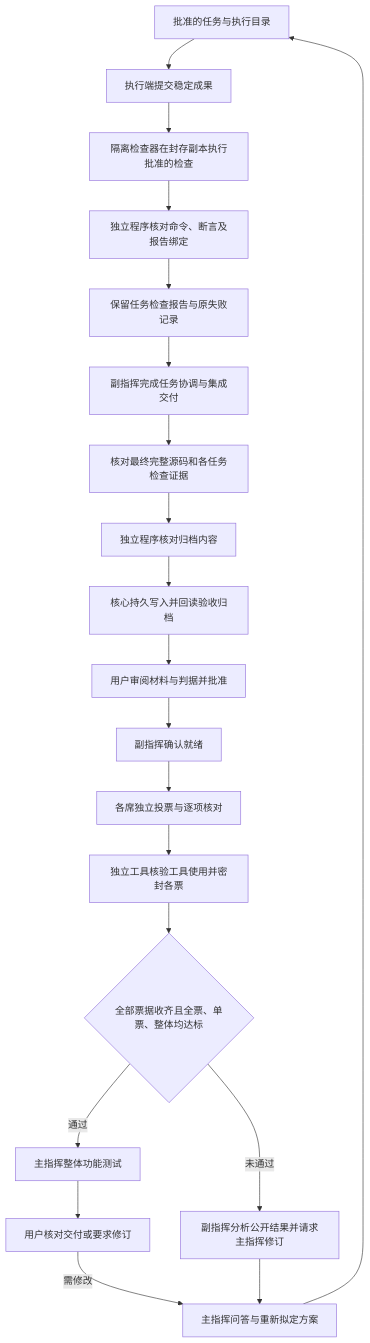
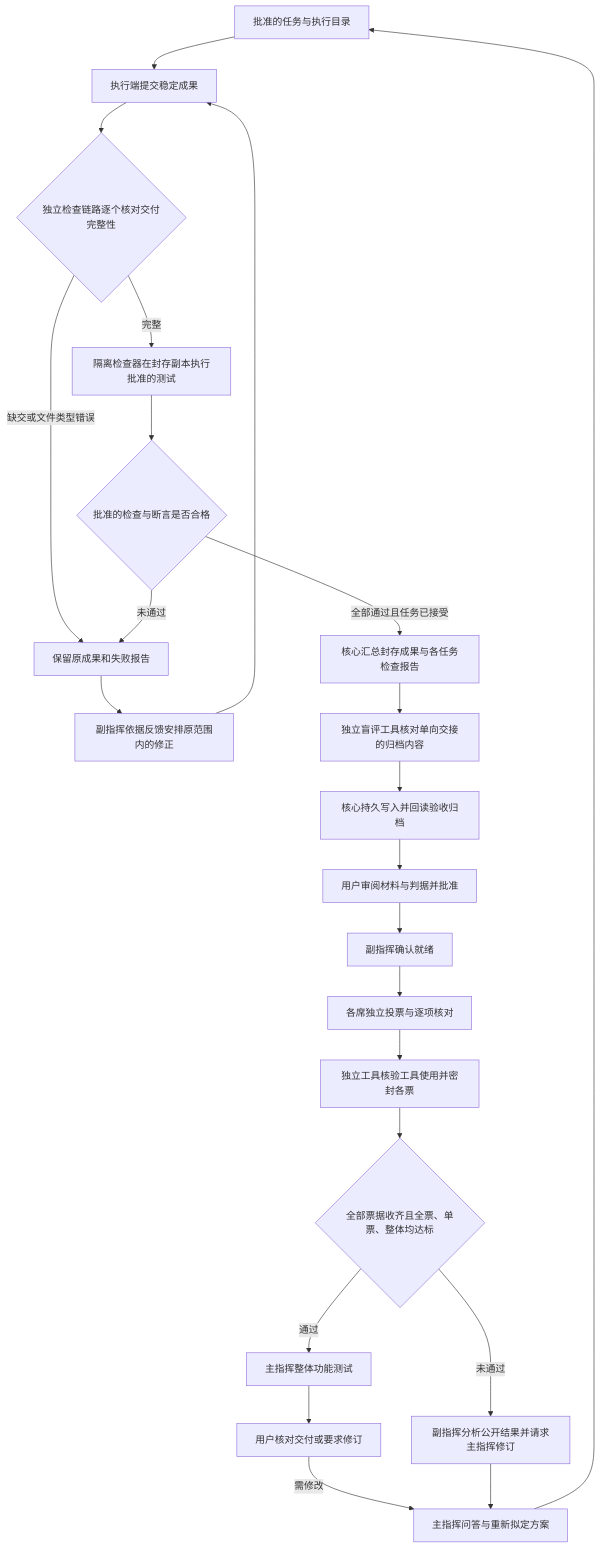
One commit to CereleanLonging/CeruleanLonging changed the diagram in docs/INDEPENDENT-CHECKS-WEIGHTS.md. Above: the diagram before and after it, drawn with Mermaid. The commit also changed other lines of this file and 254 other files, not shown here.

````diff
--- a/docs/INDEPENDENT-CHECKS-WEIGHTS.md
+++ b/docs/INDEPENDENT-CHECKS-WEIGHTS.md
@@ -7,22 +7,25 @@
 ```mermaid
 flowchart TD
   A[批准的任务与执行目录] --> B[执行端提交稳定成果]
-  B --> C[隔离检查器在封存副本执行批准的检查]
-  C --> D[独立程序核对命令、断言及报告绑定]
-  D --> E[保留任务检查报告与原失败记录]
-  E --> F[副指挥完成任务协调与集成交付]
-  F --> G[核对最终完整源码和各任务检查证据]
-  G --> H[独立程序核对归档内容]
+  B --> C{独立检查链路逐个核对交付完整性}
+  C -->|缺交或文件类型错误| E[保留原成果和失败报告]
+  C -->|完整| D[隔离检查器在封存副本执行批准的测试]
+  D --> D2{批准的检查与断言是否合格}
+  D2 -->|未通过| E
+  E --> F[副指挥依据反馈安排原范围内的修正]
+  F --> B
+  D2 -->|全部通过且任务已接受| G[核心汇总封存成果与各任务检查报告]
+  G --> H[独立盲评工具核对单向交接的归档内容]
   H --> I[核心持久写入并回读验收归档]
   I --> J[用户审阅材料与判据并批准]
   J --> K[副指挥确认就绪]
   K --> L[各席独立投票与逐项核对]
   L --> M[独立工具核验工具使用并密封各票]
   M --> N{全部票据收齐且全票、单票、整体均达标}
   N -->|通过| O[主指挥整体功能测试]
   O --> P[用户核对交付或要求修订]
   N -->|未通过| Q[副指挥分析公开结果并请求主指挥修订]
   P -->|需修改| R[主指挥问答与重新拟定方案]
   Q --> R
   R --> A
 ```
````
